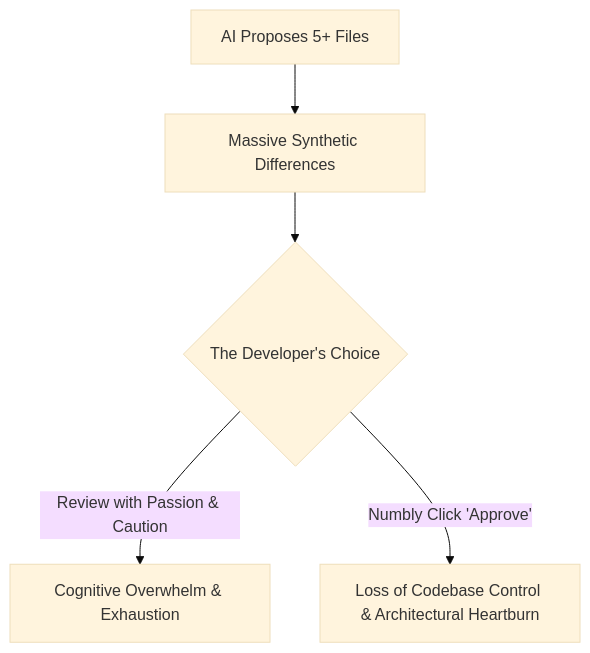
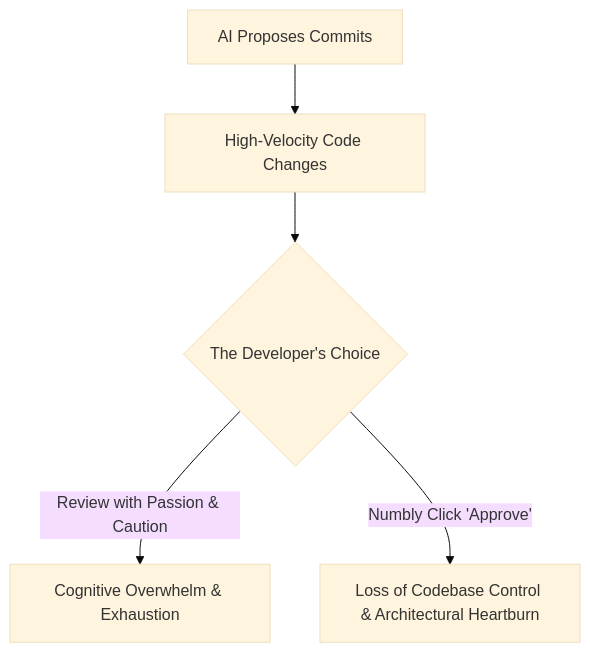
One commit to SarthakMakhija/tech-lessons-posts-v2 changed the diagram in src/content/blog/the_cognitive_tax_of_ai_assisted_coding.md. Above: the diagram before and after it, drawn with Mermaid (base theme). The commit also changed other lines of this file, not shown here.

````diff
--- a/src/content/blog/the_cognitive_tax_of_ai_assisted_coding.md
+++ b/src/content/blog/the_cognitive_tax_of_ai_assisted_coding.md
@@ -100,7 +87,7 @@
 ```mermaid
 graph TD
-    A[AI Proposes 5+ Files] --> B[Massive Synthetic Differences]
+    A[AI Proposes Commits] --> B[High-Velocity Code Changes]
     B --> C{The Developer's Choice}
     C -->|Review with Passion & Caution| D[Cognitive Overwhelm & Exhaustion]
     C -->|Numbly Click 'Approve'| E[Loss of Codebase Control & Architectural Heartburn]
 ```
````
